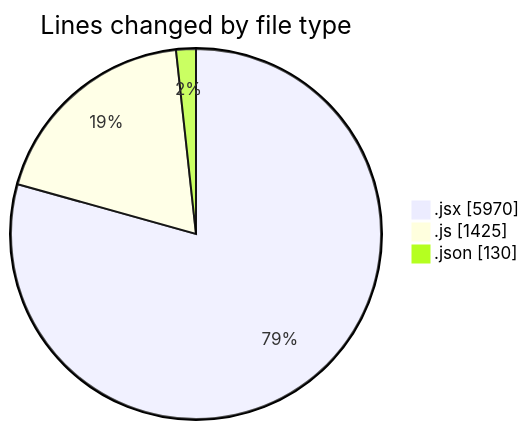
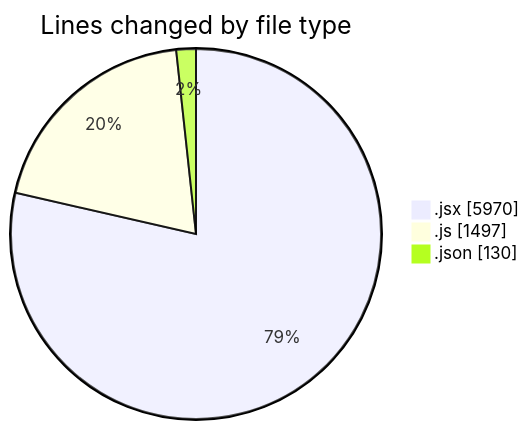
The first of 2 diagrams in 2025-08-06/nxtqube_webapp/README.md (nxtqubesakshisongat/code-tracking), drawn with Mermaid before and after one commit. The commit also changed other lines of this file and 1 other file, not shown here.

````diff
--- a/2025-08-06/nxtqube_webapp/README.md
+++ b/2025-08-06/nxtqube_webapp/README.md
@@ -29,7 +29,7 @@
 ```mermaid
 pie showData
 title Lines changed by file type
 ".jsx" : 5970
-".js" : 1425
+".js" : 1497
 ".json" : 130
 ```
````
